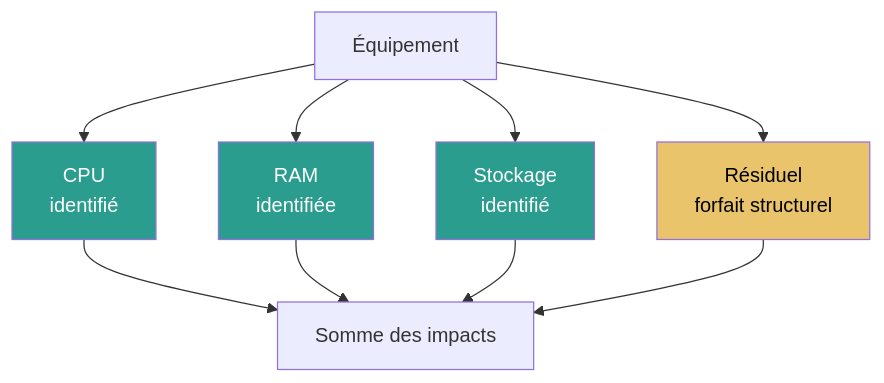
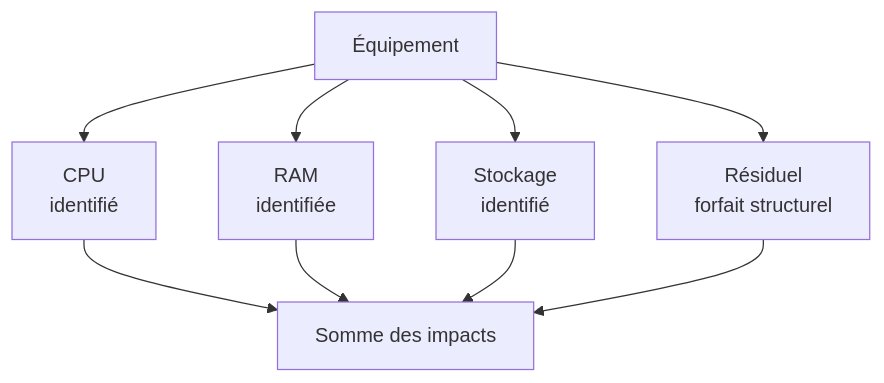
One commit to digital4better/methodology changed the second of 3 diagrams in docs/modelisation/modelisation-d-un-equipement.md. Above: the diagram before and after it, drawn with Mermaid. The commit also changed other lines of this file and 193 other files, not shown here.

````diff
--- a/docs/modelisation/modelisation-d-un-equipement.md
+++ b/docs/modelisation/modelisation-d-un-equipement.md
@@ -156,17 +183,17 @@
 ```mermaid
 flowchart TD
     EQUIP[Équipement] --> CPU[CPU<br>identifié]
     EQUIP --> RAM[RAM<br>identifiée]
     EQUIP --> SSD[Stockage<br>identifié]
     EQUIP --> RES[Résiduel<br>forfait structurel]
 
     CPU --> SUM[Somme des impacts]
     RAM --> SUM
     SSD --> SUM
     RES --> SUM
 
-    style CPU fill:#2a9d8f,color:#fff
-    style RAM fill:#2a9d8f,color:#fff
-    style SSD fill:#2a9d8f,color:#fff
-    style RES fill:#e9c46a,color:#000
+    class CPU d4b-blue
+    class RAM d4b-blue
+    class SSD d4b-blue
+    class RES d4b-sand
 ```
````
